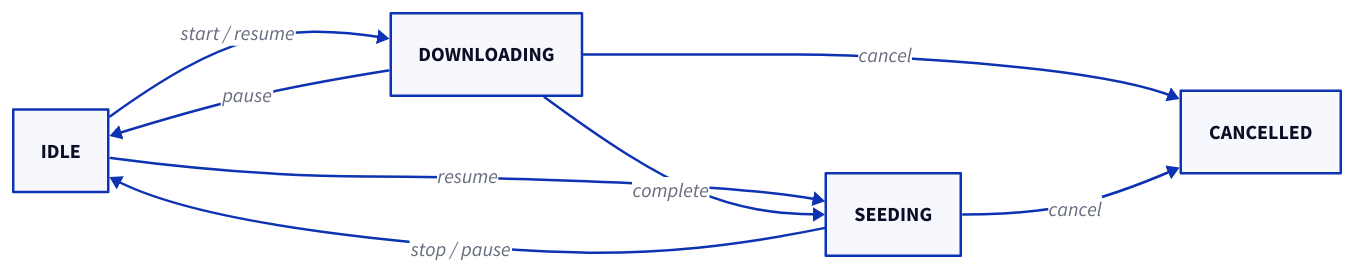
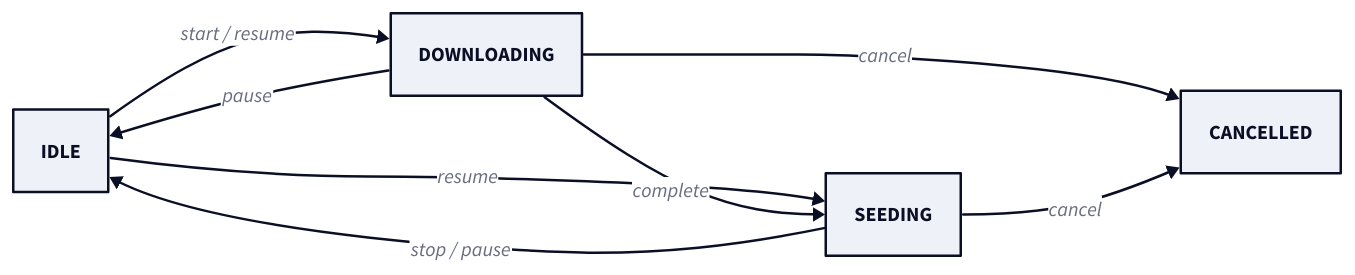
The diagram in Org/diagrams/065/state_machine.d2 (OnlyCavas/thesis), drawn with D2 before and after one commit. The commit also changed 18 other files, not shown here.

```diff
--- a/Org/diagrams/065/state_machine.d2
+++ b/Org/diagrams/065/state_machine.d2
@@ -1,14 +1,21 @@
+vars: {
+  d2-config: {
+    layout-engine: dagre
+    theme-id: 1
+  }
+}
+
 direction: right
 
 idle: IDLE
 downloading: DOWNLOADING
 seeding: SEEDING
 cancelled: CANCELLED
 
 idle -> downloading: start / resume
 idle -> seeding: resume
 downloading -> seeding: complete
 downloading -> idle: pause
 downloading -> cancelled: cancel
 seeding -> idle: stop / pause
 seeding -> cancelled: cancel
```
